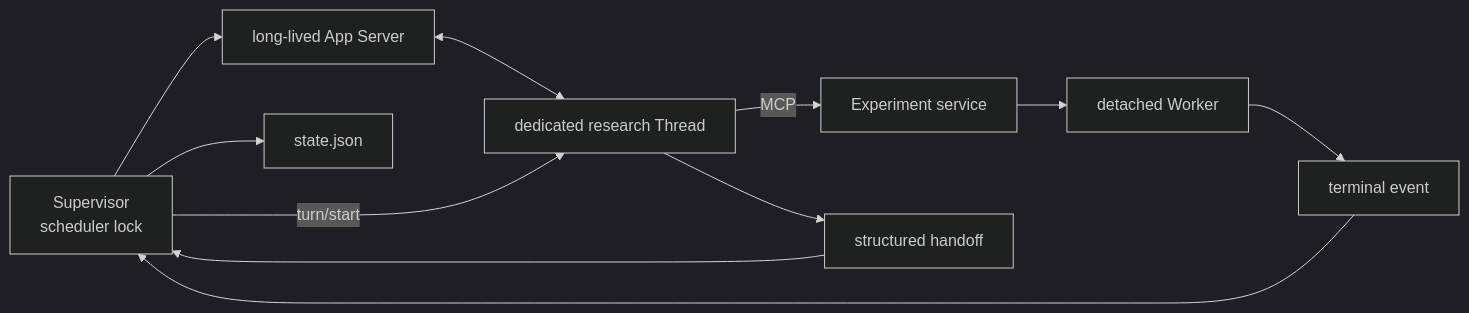
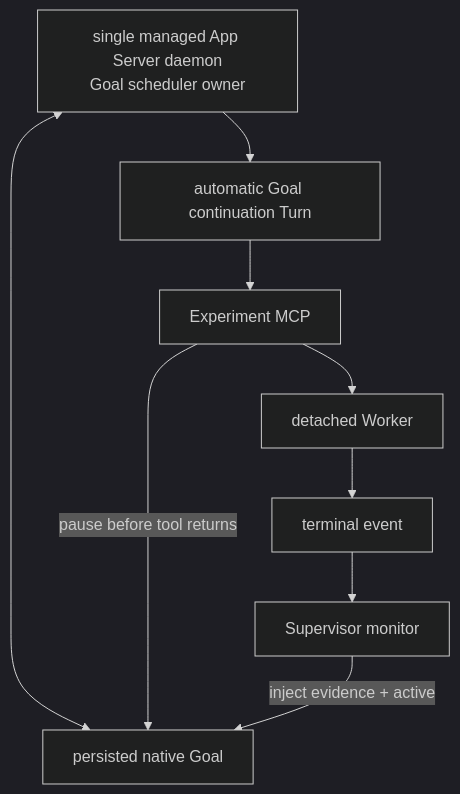
One commit to dollarser/codex-auto-research changed the first of 3 diagrams in docs/AUTO_RESEARCH_SUPERVISOR_SCHEDULER_DESIGN.md. Above: the diagram before and after it, drawn with Mermaid (dark theme). The commit also changed other lines of this file and 10 other files, not shown here.

Commit message:
feat: run research on native app server goals

````diff
--- a/docs/AUTO_RESEARCH_SUPERVISOR_SCHEDULER_DESIGN.md
+++ b/docs/AUTO_RESEARCH_SUPERVISOR_SCHEDULER_DESIGN.md
@@ -18,13 +19,17 @@
 ```mermaid
-flowchart LR
-    SUP["Supervisor<br/>scheduler lock"] --> AS["long-lived App Server"]
-    AS <--> RT["dedicated research Thread"]
-    RT -->|"MCP"| API["Experiment service"]
-    API --> W["detached Worker"]
-    W --> EV["terminal event"]
-    EV --> SUP
-    RT --> HO["structured handoff"]
-    HO --> SUP
-    SUP --> ST["state.json"]
-    SUP -->|"turn/start"| RT
+flowchart TD
+    DAEMON["single managed App Server daemon<br/>Goal scheduler owner"]
+    GOAL["persisted native Goal"]
+    TURN["automatic Goal continuation Turn"]
+    MCP["Experiment MCP"]
+    WORKER["detached Worker"]
+    EVENT["terminal event"]
+    MONITOR["Supervisor monitor"]
+
+    DAEMON <--> GOAL
+    DAEMON --> TURN
+    TURN --> MCP
+    MCP -->|"pause before tool returns"| GOAL
+    MCP --> WORKER --> EVENT --> MONITOR
+    MONITOR -->|"inject evidence + active"| GOAL
 ```
````
